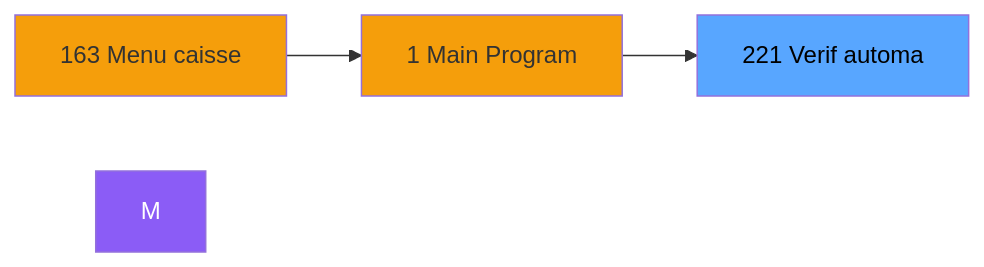
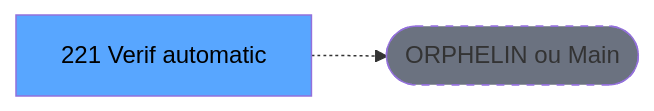
One commit to thonyAGP/lecteur-magic changed the second of 3 diagrams in .openspec/renders/ADH-IDE-221.md. Above: the diagram before and after it, drawn with Mermaid. The commit also changed other lines of this file and 701 other files, not shown here.

````diff
--- a/.openspec/renders/ADH-IDE-221.md
+++ b/.openspec/renders/ADH-IDE-221.md
@@ -112,12 +118,8 @@
 ```mermaid
 graph LR
-    N163[163 Menu caisse ]
-    N1[1 Main Program]
-    T[221 Verif automa]
-    N163 --> N1
-    N1 --> T
-    style M fill:#8b5cf6,color:#fff
-    style N163 fill:#f59e0b
-    style N1 fill:#f59e0b
+    T[221 Verif automatic]
+    ORPHAN([ORPHELIN ou Main])
+    T -.-> ORPHAN
     style T fill:#58a6ff,color:#000
+    style ORPHAN fill:#6b7280,stroke-dasharray: 5 5
 ```
````
